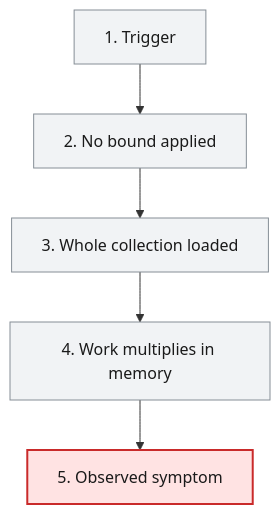
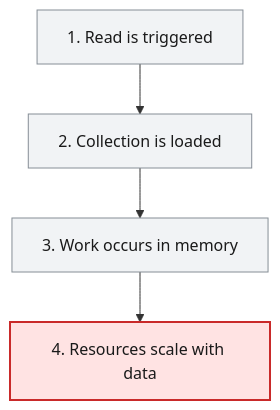
One commit to Udaradg/sample-java-project changed the second of 3 diagrams in docs/agent_output/02-root-cause/root_cause_ISSUE-001.md. Above: the diagram before and after it, drawn with Mermaid. The commit also changed other lines of this file and 52 other files, not shown here.

````diff
--- a/docs/agent_output/02-root-cause/root_cause_ISSUE-001.md
+++ b/docs/agent_output/02-root-cause/root_cause_ISSUE-001.md
@@ -90,16 +79,14 @@
 ```mermaid
 flowchart TD
   classDef broken fill:#ffe3e3,stroke:#c92a2a,stroke-width:2px,color:#1a1a1a
   classDef warn fill:#fff3bf,stroke:#e8590c,stroke-width:2px,color:#1a1a1a
   classDef ok fill:#e6fcf5,stroke:#2f9e44,stroke-width:1px,color:#1a1a1a
   classDef neutral fill:#f1f3f5,stroke:#868e96,stroke-width:1px,color:#1a1a1a
-  S0["1. Trigger"]:::neutral
-  S1["2. No bound applied"]:::neutral
+  S0["1. Read is triggered"]:::neutral
+  S1["2. Collection is loaded"]:::neutral
   S0 --> S1
-  S2["3. Whole collection loaded"]:::neutral
+  S2["3. Work occurs in memory"]:::neutral
   S1 --> S2
-  S3["4. Work multiplies in memory"]:::neutral
+  S3["4. Resources scale with data"]:::broken
   S2 --> S3
-  S4["5. Observed symptom"]:::broken
-  S3 --> S4
 ```
````
